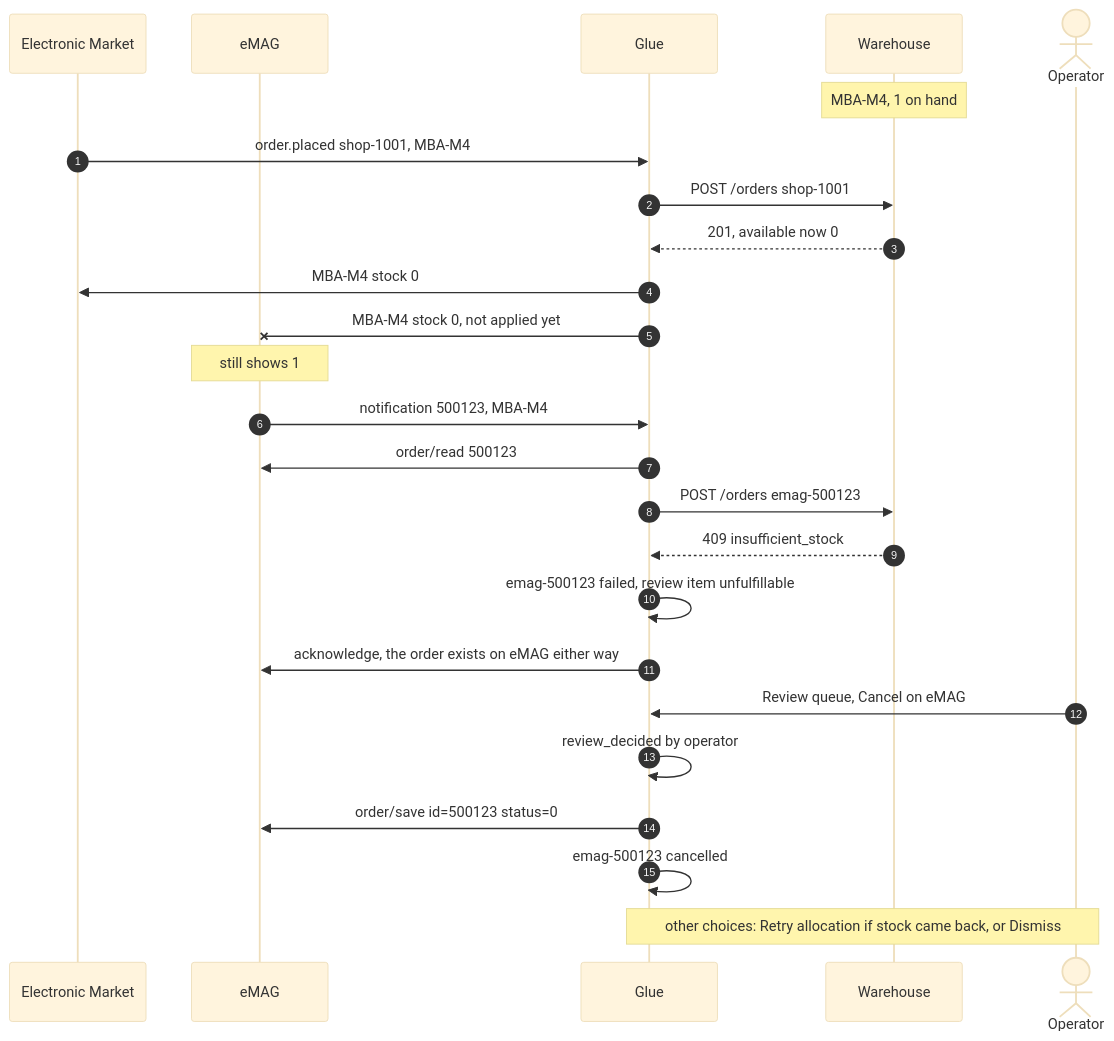
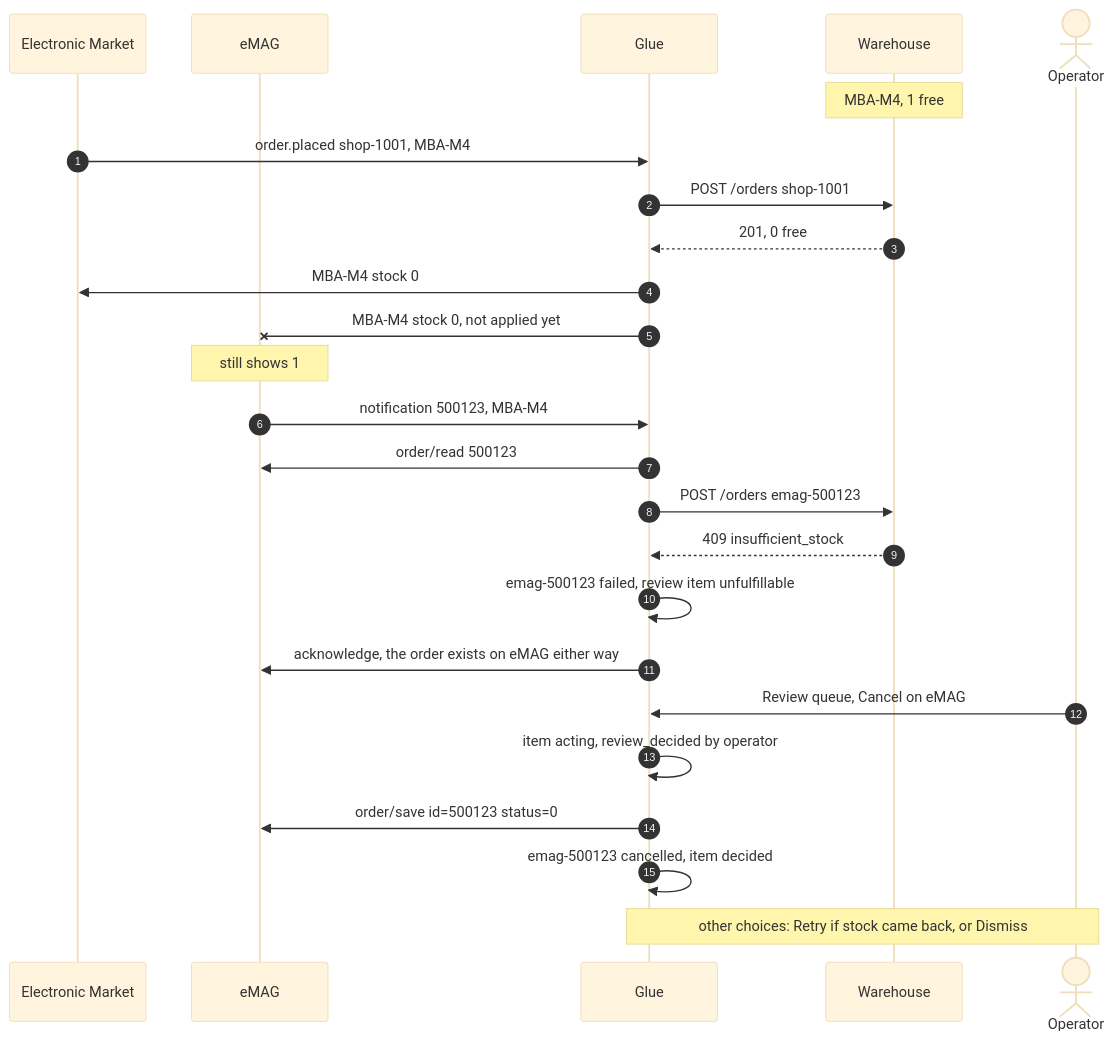
One commit to PantelimonGulie/adb-glue-service changed the sixth of 8 diagrams in docs/architecture.md. Above: the diagram before and after it, drawn with Mermaid (base theme). The commit also changed other lines of this file and 3 other files, not shown here.

````diff
--- a/docs/architecture.md
+++ b/docs/architecture.md
@@ -158,28 +265,28 @@
 ```mermaid
 sequenceDiagram
     autonumber
     participant S as Electronic Market
     participant E as eMAG
     participant G as Glue
     participant WH as Warehouse
     actor O as Operator
 
-    Note over WH: MBA-M4, 1 on hand
+    Note over WH: MBA-M4, 1 free
     S->>G: order.placed shop-1001, MBA-M4
     G->>WH: POST /orders shop-1001
-    WH-->>G: 201, available now 0
+    WH-->>G: 201, 0 free
     G->>S: MBA-M4 stock 0
     G-xE: MBA-M4 stock 0, not applied yet
     Note over E: still shows 1
     E->>G: notification 500123, MBA-M4
     G->>E: order/read 500123
     G->>WH: POST /orders emag-500123
     WH-->>G: 409 insufficient_stock
     G->>G: emag-500123 failed, review item unfulfillable
     G->>E: acknowledge, the order exists on eMAG either way
     O->>G: Review queue, Cancel on eMAG
-    G->>G: review_decided by operator
+    G->>G: item acting, review_decided by operator
     G->>E: order/save id=500123 status=0
-    G->>G: emag-500123 cancelled
-    Note over O,G: other choices: Retry allocation if stock came back, or Dismiss
+    G->>G: emag-500123 cancelled, item decided
+    Note over O,G: other choices: Retry if stock came back, or Dismiss
 ```
````
